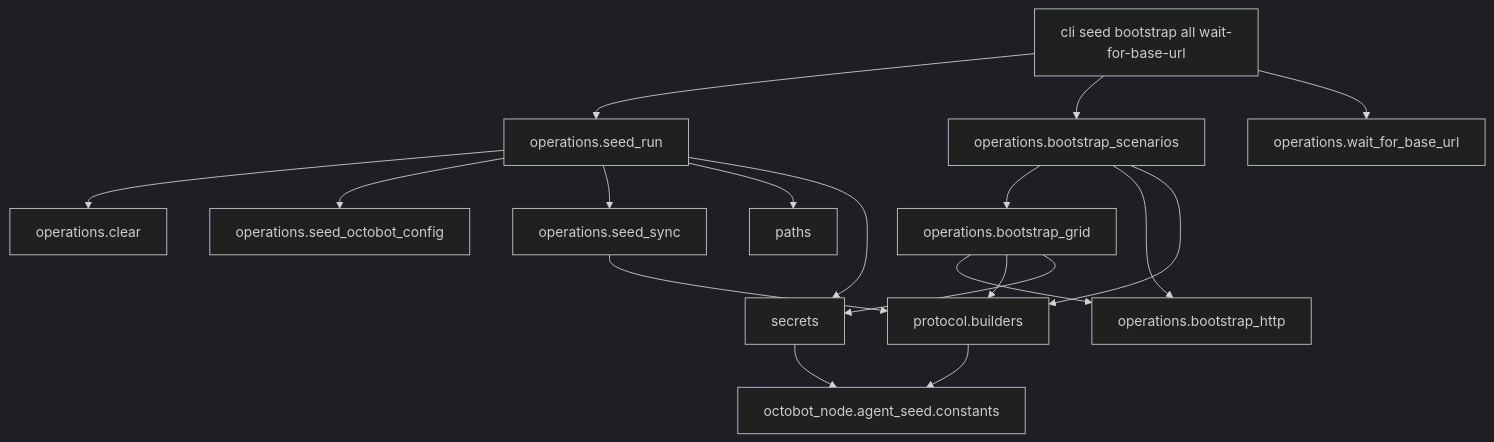
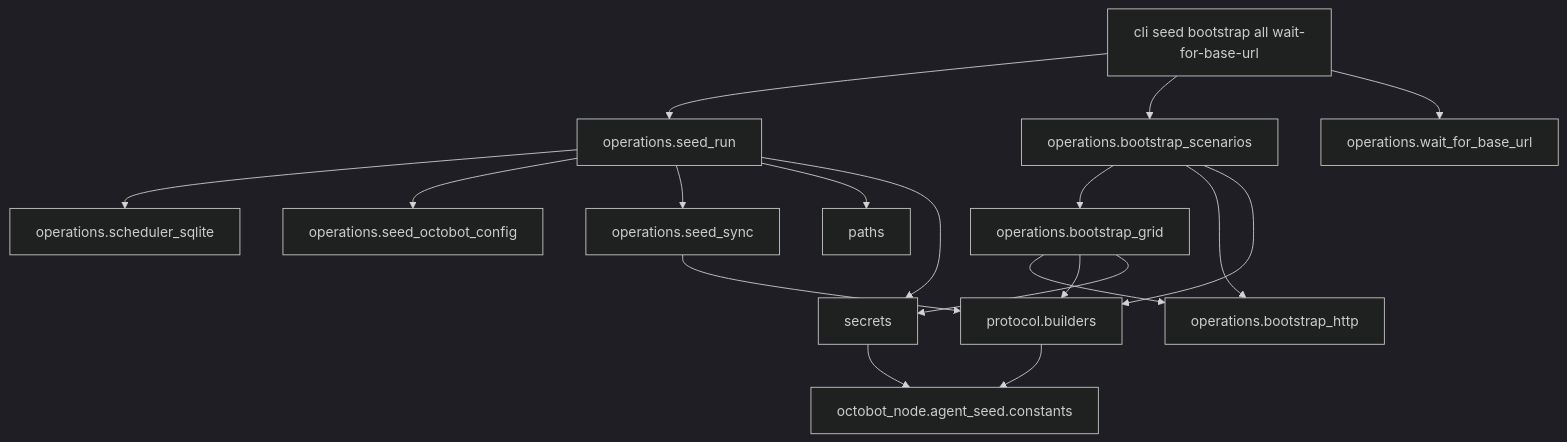
One commit to Drakkar-Software/OctoBot changed the diagram in tools/agent_seed/ARCHITECTURE.md. Above: the diagram before and after it, drawn with Mermaid (dark theme). The commit also changed other lines of this file and 10 other files, not shown here.

First line of the commit message:
Remove agent-seed assignment aliases; delete clear.py shim

````diff
--- a/tools/agent_seed/ARCHITECTURE.md
+++ b/tools/agent_seed/ARCHITECTURE.md
@@ -14,33 +14,33 @@
 ```mermaid
 flowchart TB
   cli[cli seed bootstrap all wait-for-base-url]
   seedRun[operations.seed_run]
   seedOctobotConfig[operations.seed_octobot_config]
   seedSync[operations.seed_sync]
-  clearOp[operations.clear]
+  schedulerSqlite[operations.scheduler_sqlite]
   bootstrapGrid[operations.bootstrap_grid]
   bootstrapScenarios[operations.bootstrap_scenarios]
   bootstrapHttp[operations.bootstrap_http]
   builders[protocol.builders]
   pathsMod[paths]
   secretsMod[secrets]
   nodeConstants[octobot_node.agent_seed.constants]
 
   cli --> seedRun
   cli --> bootstrapScenarios
   cli --> waitForBaseUrl[operations.wait_for_base_url]
   bootstrapScenarios --> bootstrapGrid
   bootstrapScenarios --> bootstrapHttp
   bootstrapScenarios --> builders
-  seedRun --> clearOp
+  seedRun --> schedulerSqlite
   seedRun --> seedOctobotConfig
   seedRun --> seedSync
   seedRun --> pathsMod
   seedRun --> secretsMod
   seedSync --> builders
   bootstrapGrid --> bootstrapHttp
   bootstrapGrid --> builders
   bootstrapGrid --> secretsMod
   builders --> nodeConstants
   secretsMod --> nodeConstants
 ```
````
